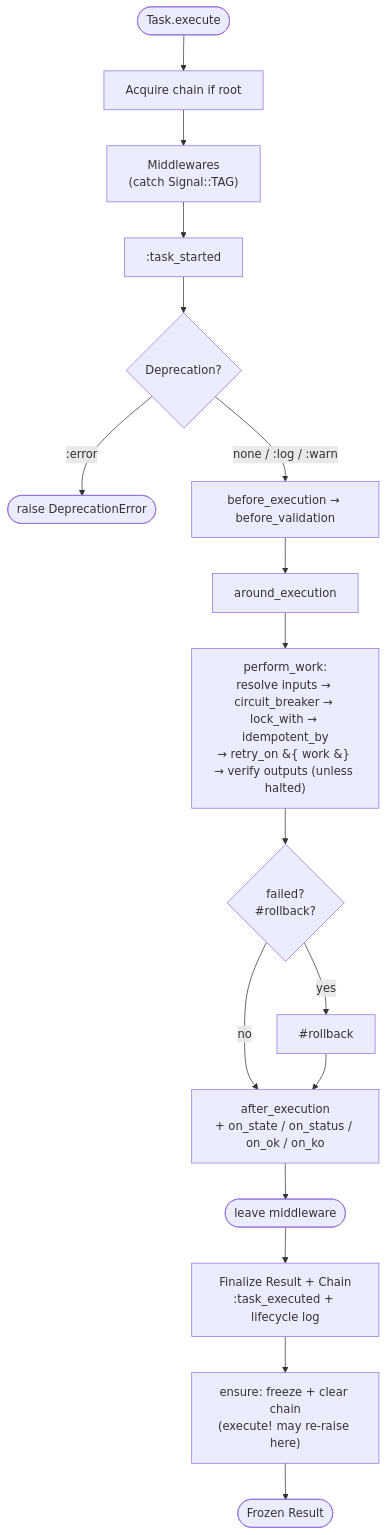
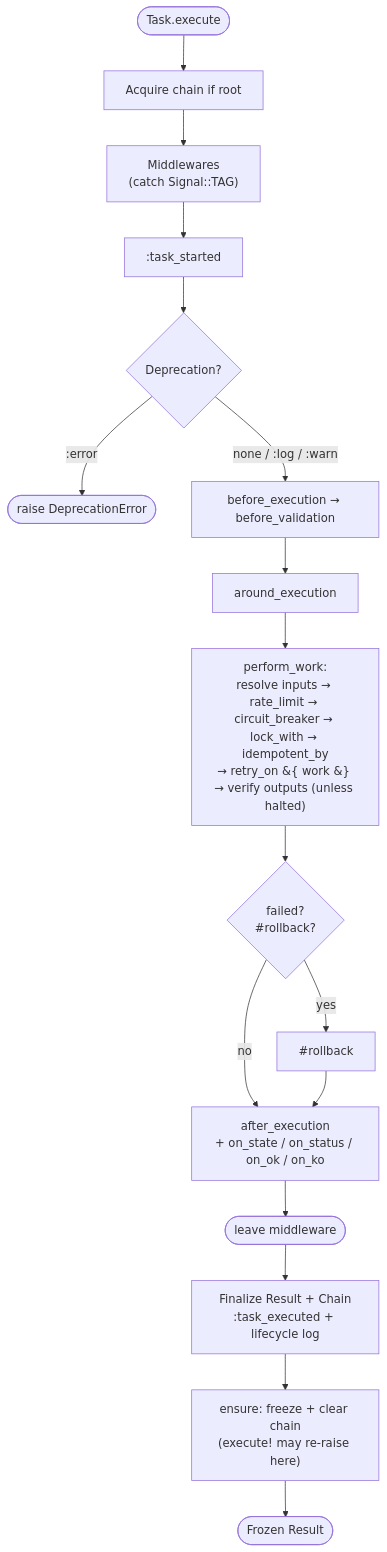
Before and after one commit to drexed/cmdx: the second of 2 diagrams in docs/getting_started.md, drawn with Mermaid. The commit also changed other lines of this file and 7 other files, not shown here.

````diff
--- a/docs/getting_started.md
+++ b/docs/getting_started.md
@@ -234,19 +235,19 @@
 ```mermaid
 flowchart TD
     Invoke([Task.execute]) --> Acquire[Acquire chain if root]
     Acquire --> MW["Middlewares<br/>(catch Signal::TAG)"]
     MW --> TS[:task_started]
     TS --> Dep{Deprecation?}
     Dep -->|":error"| Raise([raise DeprecationError])
     Dep -->|"none / :log / :warn"| Pre[before_execution → before_validation]
     Pre --> Around[around_execution]
-    Around --> PW["perform_work:<br/>resolve inputs → circuit_breaker → lock_with → idempotent_by<br/>→ retry_on &#123; work &#125; → verify outputs (unless halted)"]
+    Around --> PW["perform_work:<br/>resolve inputs → rate_limit → circuit_breaker → lock_with → idempotent_by<br/>→ retry_on &#123; work &#125; → verify outputs (unless halted)"]
     PW --> Rollback{"failed?<br/>#rollback?"}
     Rollback -->|yes| RB[#rollback]
     Rollback -->|no| Post
     RB --> Post["after_execution<br/>+ on_state / on_status / on_ok / on_ko"]
     Post --> MWend([leave middleware])
     MWend --> Finalize["Finalize Result + Chain<br/>:task_executed + lifecycle log"]
     Finalize --> Teardown["ensure: freeze + clear chain<br/>(execute! may re-raise here)"]
     Teardown --> Out([Frozen Result])
 ```
````
